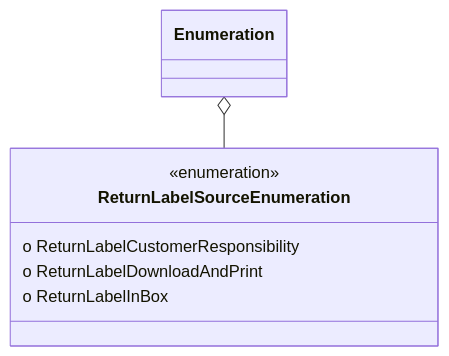
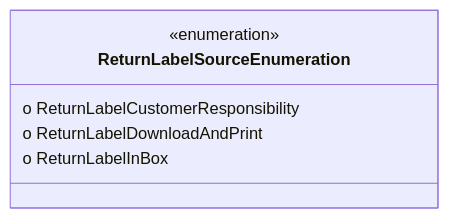
Before and after one commit to codexstanford/Insurance-Payout-Ontology: the diagram in datamodel-build/mermaid/ReturnLabelSourceEnumeration.mmd, drawn with Mermaid. The commit also changed 1883 other files, not shown here.

Commit message:
better handling of multi inheritance in mermaid. Accelerate Mermaid. Refactror doc menu to better handle lot of items

```diff
--- a/datamodel-build/mermaid/ReturnLabelSourceEnumeration.mmd
+++ b/datamodel-build/mermaid/ReturnLabelSourceEnumeration.mmd
@@ -1,8 +1,7 @@
 classDiagram
-Enumeration o-- ReturnLabelSourceEnumeration
   class ReturnLabelSourceEnumeration {
 <<enumeration>>
   o ReturnLabelCustomerResponsibility
   o ReturnLabelDownloadAndPrint
   o ReturnLabelInBox
-}
+ }
```
